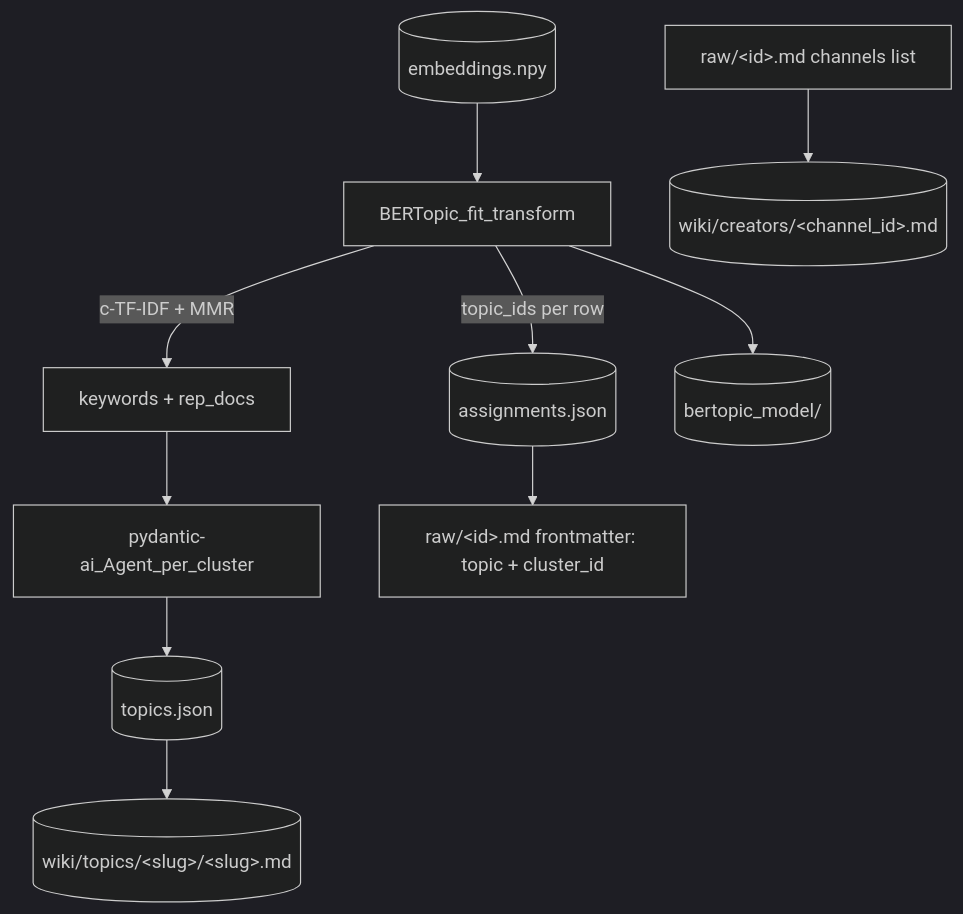
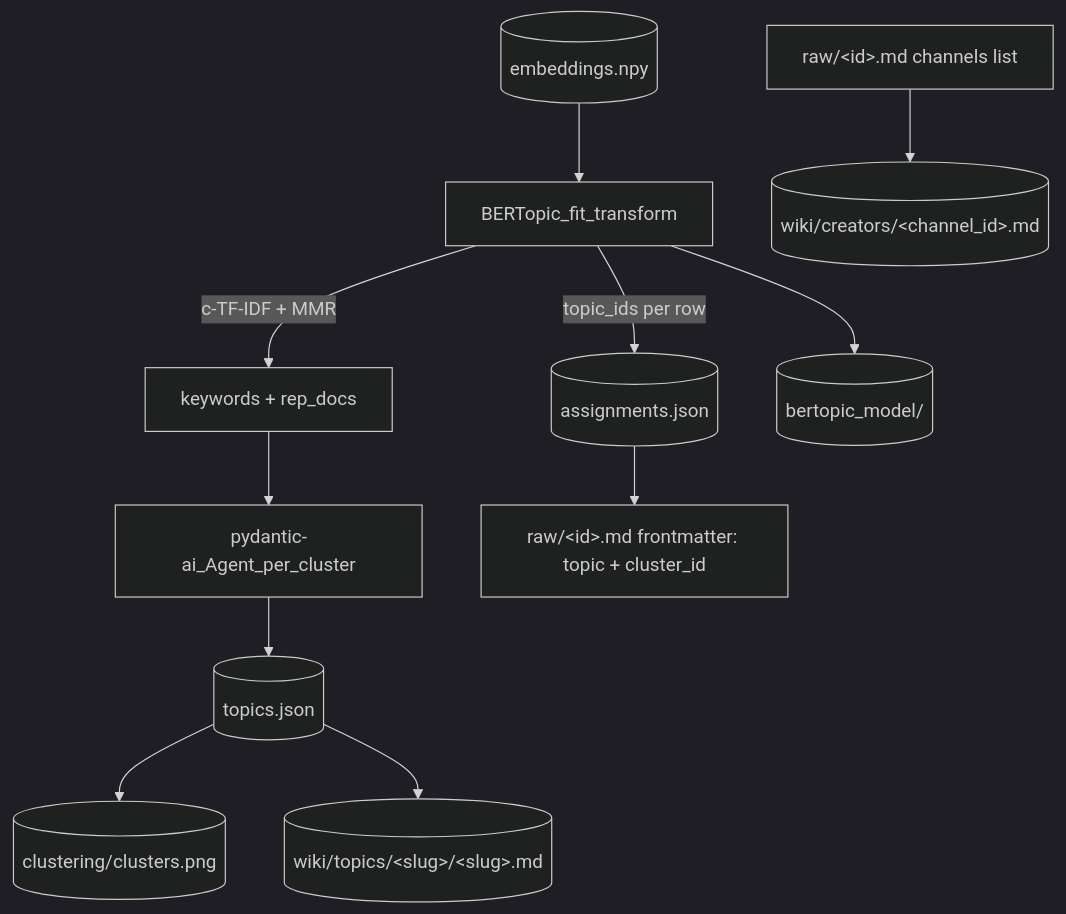
Before and after one commit to lars20070/youtubebrain: the diagram in lat.md/clusters.md, drawn with Mermaid (dark theme). The commit also changed other lines of this file and 5 other files, not shown here.

Commit message:
Add 2D plot of clusters

````diff
--- a/lat.md/clusters.md
+++ b/lat.md/clusters.md
@@ -11,12 +11,13 @@
 ```mermaid
 flowchart TD
     Emb[(embeddings.npy)] --> Fit[BERTopic_fit_transform]
     Fit -->|topic_ids per row| Assign[(assignments.json)]
     Fit -->|c-TF-IDF + MMR| Reps[keywords + rep_docs]
     Reps --> Agent[pydantic-ai_Agent_per_cluster]
     Agent --> Topics[(topics.json)]
     Fit --> Model[(bertopic_model/)]
+    Topics --> Plot[(clustering/clusters.png)]
     Topics --> Wiki[(wiki/topics/&lt;slug&gt;/&lt;slug&gt;.md)]
     Assign --> RawFM[raw/&lt;id&gt;.md frontmatter: topic + cluster_id]
     RawChannels[raw/&lt;id&gt;.md channels list] --> Creators[(wiki/creators/&lt;channel_id&gt;.md)]
 ```
````
